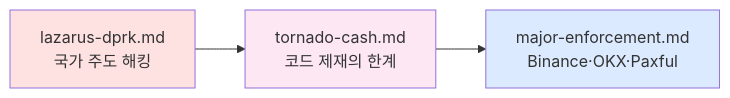
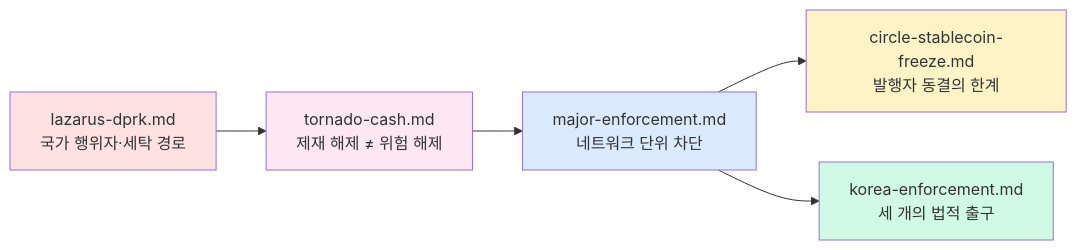
The diagram in notes/6-cases/README.md (lala-david/aml-notes), drawn with Mermaid before and after one commit. The commit also changed other lines of this file and 379 other files, not shown here.

First line of the commit message:
notes,kb,en,deep,charts: 2026-10-21 기준 정정 46건 반영 — 출처 없는 수치를 걷어내고 다이어그램을 다시 그림

````diff
--- a/notes/6-cases/README.md
+++ b/notes/6-cases/README.md
@@ -13,9 +13,13 @@
 ```mermaid
 flowchart LR
-    A[lazarus-dprk.md<br/>국가 주도 해킹] --> B[tornado-cash.md<br/>코드 제재의 한계]
-    B --> C[major-enforcement.md<br/>Binance·OKX·Paxful]
+    A["lazarus-dprk.md<br/>국가 행위자·세탁 경로"] --> B["tornado-cash.md<br/>제재 해제 ≠ 위험 해제"]
+    B --> C["major-enforcement.md<br/>네트워크 단위 차단"]
+    C --> D["circle-stablecoin-freeze.md<br/>발행자 동결의 한계"]
+    C --> E["korea-enforcement.md<br/>세 개의 법적 출구"]
 
     style A fill:#fee2e2
     style B fill:#fce7f3
     style C fill:#dbeafe
+    style D fill:#fef3c7
+    style E fill:#d1fae5
 ```
````
